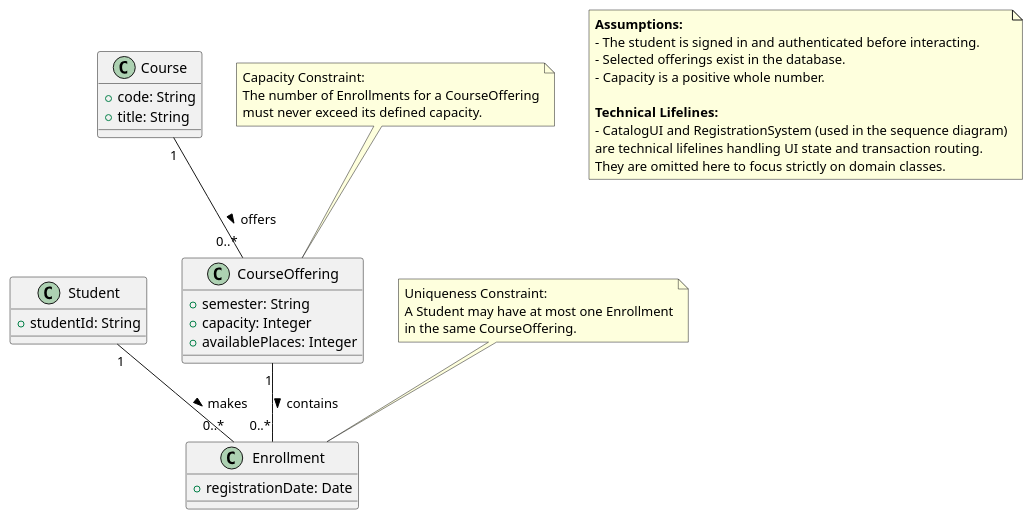
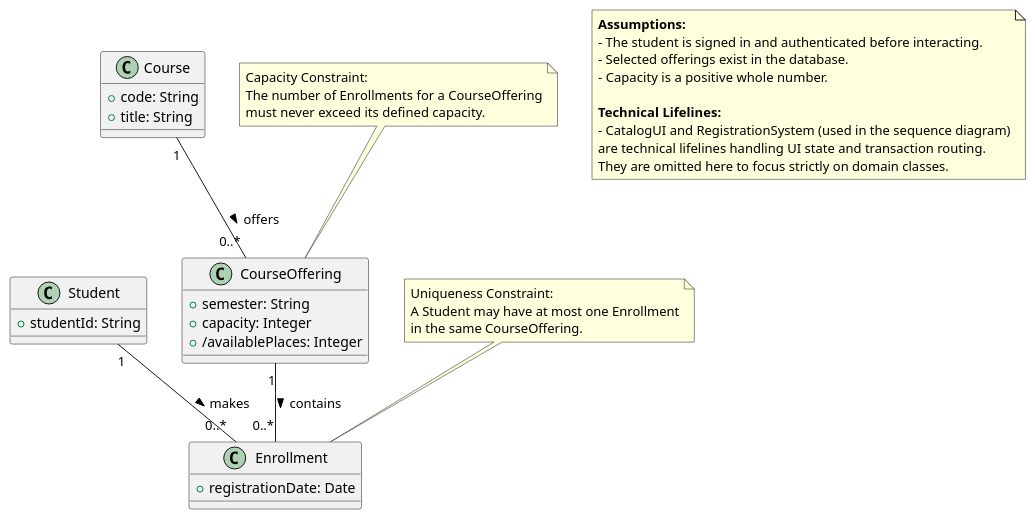
One commit to W1dyy/se-practice changed the diagram in sis-02/models/classes.puml. Above: the diagram before and after it, drawn with PlantUML. The commit also changed 3 other files, not shown here.

```diff
--- a/sis-02/models/classes.puml
+++ b/sis-02/models/classes.puml
@@ -1,50 +1,50 @@
 @startuml
 
 class Student {
     + studentId: String
 }
 
 class Course {
     + code: String
     + title: String
 }
 
 class CourseOffering {
     + semester: String
     + capacity: Integer
-    + availablePlaces: Integer
+    + /availablePlaces: Integer
 }
 
 class Enrollment {
     + registrationDate: Date
 }
 
 Course "1" -- "0..*" CourseOffering : offers >
 Student "1" -- "0..*" Enrollment : makes >
 CourseOffering "1" -- "0..*" Enrollment : contains >
 
 note top of CourseOffering
   Capacity Constraint:
   The number of Enrollments for a CourseOffering
   must never exceed its defined capacity.
 end note
 
 note top of Enrollment
   Uniqueness Constraint:
   A Student may have at most one Enrollment
   in the same CourseOffering.
 end note
 
 note as N1
   **Assumptions:**
   - The student is signed in and authenticated before interacting.
   - Selected offerings exist in the database.
   - Capacity is a positive whole number.
   
   **Technical Lifelines:**
   - CatalogUI and RegistrationSystem (used in the sequence diagram)
   are technical lifelines handling UI state and transaction routing. 
   They are omitted here to focus strictly on domain classes.
 end note
 
 @enduml
```
